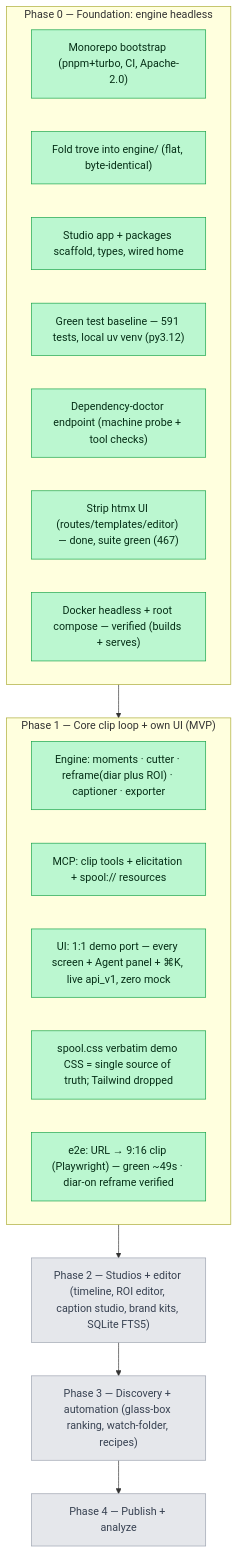
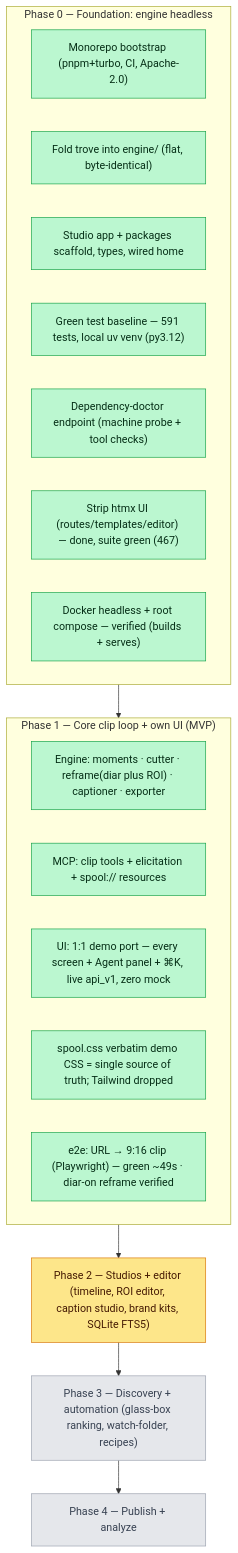
Before and after one commit to afk1997/spool-editor: the diagram in docs/PROGRESS.md, drawn with Mermaid. The commit also changed other lines of this file and 4 other files, not shown here.

First line of the commit message:
feat(studio): real Reframe/ROI editor (S7) — clip video, editable track, tuning knobs

````diff
--- a/docs/PROGRESS.md
+++ b/docs/PROGRESS.md
@@ -66,28 +66,28 @@
 ```mermaid
 graph TD
     subgraph P0["Phase 0 — Foundation: engine headless"]
       B0["Monorepo bootstrap (pnpm+turbo, CI, Apache-2.0)"]:::done
       B1["Fold trove into engine/ (flat, byte-identical)"]:::done
       B2["Studio app + packages scaffold, types, wired home"]:::done
       B3["Green test baseline — 591 tests, local uv venv (py3.12)"]:::done
       B5["Dependency-doctor endpoint (machine probe + tool checks)"]:::done
       B4["Strip htmx UI (routes/templates/editor) — done, suite green (467)"]:::done
       B6["Docker headless + root compose — verified (builds + serves)"]:::done
     end
     subgraph P1["Phase 1 — Core clip loop + own UI (MVP)"]
       C1["Engine: moments · cutter · reframe(diar plus ROI) · captioner · exporter"]:::done
       C2["MCP: clip tools + elicitation + spool:// resources"]:::done
       C3["UI: 1:1 demo port — every screen + Agent panel + ⌘K, live api_v1, zero mock"]:::done
       C4["spool.css verbatim demo CSS = single source of truth; Tailwind dropped"]:::done
       C5["e2e: URL → 9:16 clip (Playwright) — green ~49s · diar-on reframe verified"]:::done
     end
-    P2["Phase 2 — Studios + editor (timeline, ROI editor, caption studio, brand kits, SQLite FTS5)"]:::todo
+    P2["Phase 2 — Studios + editor (timeline, ROI editor, caption studio, brand kits, SQLite FTS5)"]:::wip
     P3["Phase 3 — Discovery + automation (glass-box ranking, watch-folder, recipes)"]:::todo
     P4["Phase 4 — Publish + analyze"]:::todo
 
     P0 --> P1 --> P2 --> P3 --> P4
 
     classDef done fill:#bbf7d0,stroke:#16a34a,color:#052e16;
     classDef wip  fill:#fde68a,stroke:#d97706,color:#451a03;
     classDef todo fill:#e5e7eb,stroke:#9ca3af,color:#374151;
 ```
````
